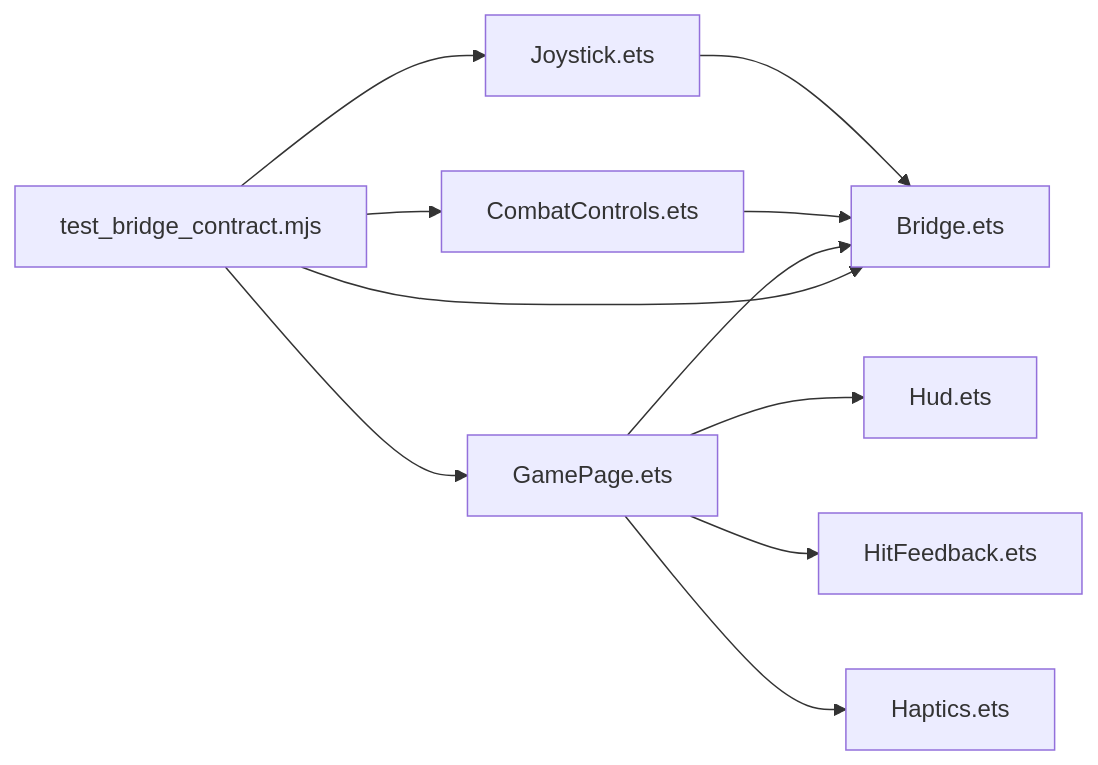
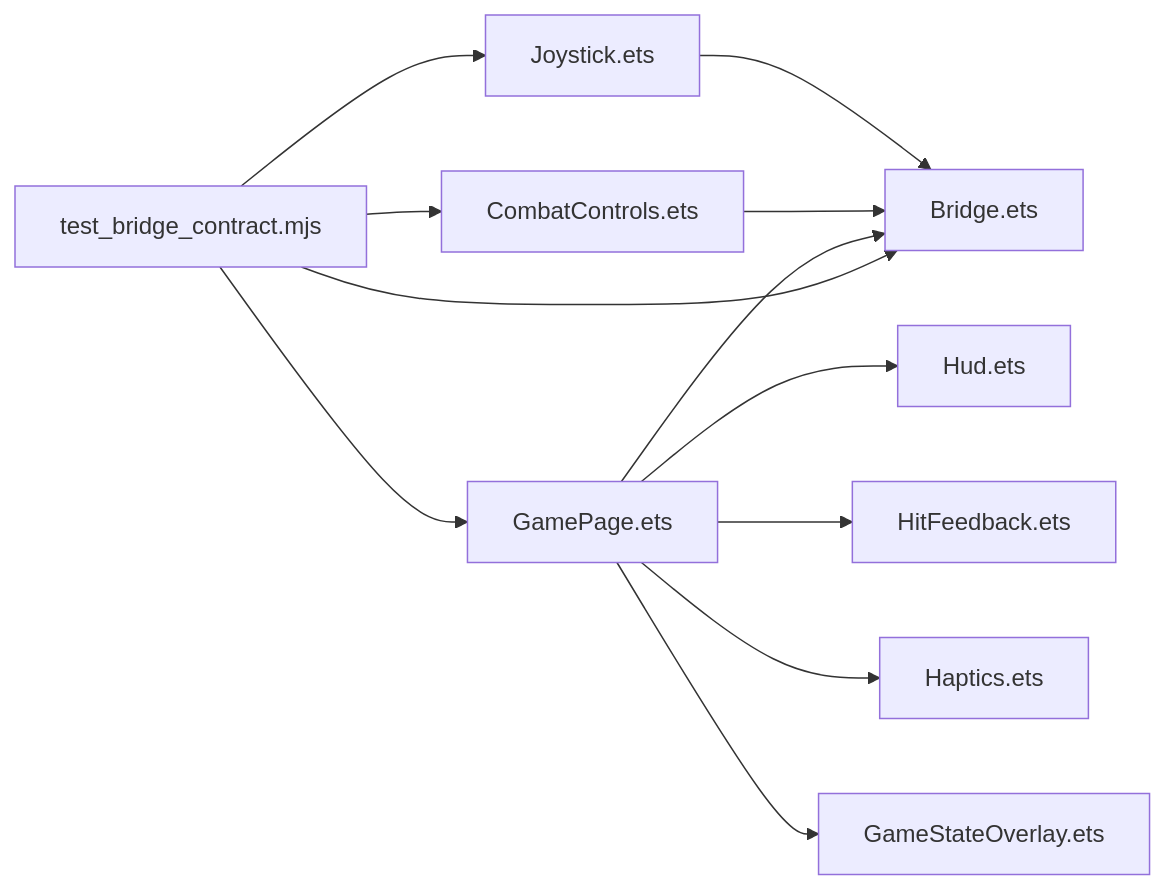
One commit to sj123sheng/my-world changed the seventh of 7 diagrams in .qoder/repowiki/zh/content/前端界面系统/战斗视觉反馈系统.md. Above: the diagram before and after it, drawn with Mermaid. The commit also changed other lines of this file and 160 other files, not shown here.

````diff
--- a/.qoder/repowiki/zh/content/前端界面系统/战斗视觉反馈系统.md
+++ b/.qoder/repowiki/zh/content/前端界面系统/战斗视觉反馈系统.md
@@ -236,13 +280,14 @@
 ```mermaid
 graph LR
 JS["Joystick.ets"] --> BR["Bridge.ets"]
 CC["CombatControls.ets"] --> BR
 GP["GamePage.ets"] --> BR
 GP --> HD["Hud.ets"]
 GP --> HF["HitFeedback.ets"]
 GP --> HP["Haptics.ets"]
+GP --> GSO["GameStateOverlay.ets"]
 TEST["test_bridge_contract.mjs"] --> JS
 TEST --> CC
 TEST --> GP
 TEST --> BR
 ```
````
